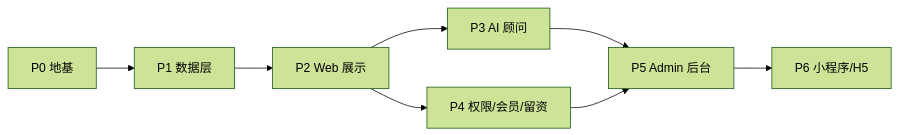
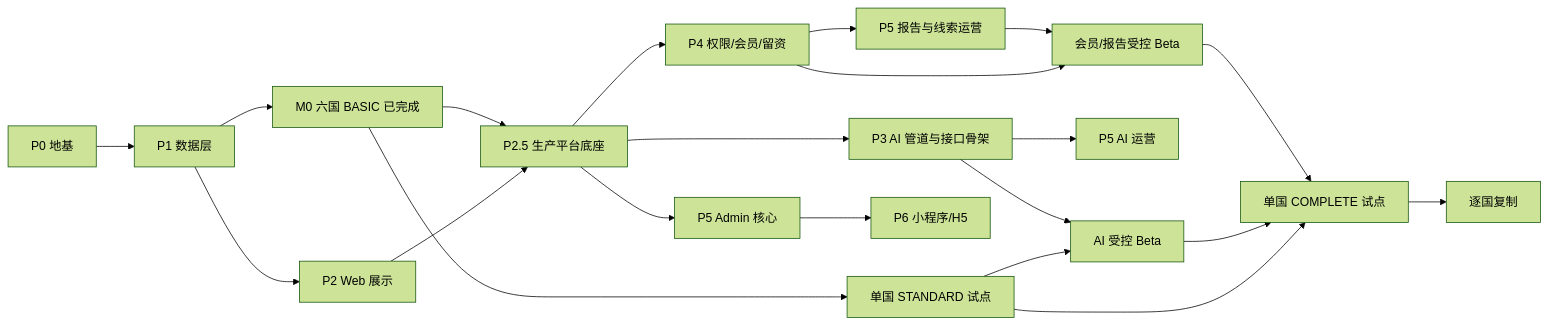
One commit to zhaofei0923/navigator changed the diagram in docs/roadmap.md. Above: the diagram before and after it, drawn with Mermaid (forest theme). The commit also changed other lines of this file and 2 other files, not shown here.

Commit message:
docs: update milestones after six BASIC countries

````diff
--- a/docs/roadmap.md
+++ b/docs/roadmap.md
@@ -21,10 +22,23 @@
 ```mermaid
 graph LR
   P0[P0 地基] --> P1[P1 数据层]
   P1 --> P2[P2 Web 展示]
-  P2 --> P3[P3 AI 顾问]
-  P2 --> P4[P4 权限/会员/留资]
-  P3 --> P5[P5 Admin 后台]
-  P4 --> P5
-  P5 --> P6[P6 小程序/H5]
+  P1 --> M0[M0 六国 BASIC 已完成]
+  P2 --> PF[P2.5 生产平台底座]
+  M0 --> PF
+  M0 --> SP[单国 STANDARD 试点]
+  PF --> P3[P3 AI 管道与接口骨架]
+  SP --> AIB[AI 受控 Beta]
+  P3 --> AIB
+  PF --> P4[P4 权限/会员/留资]
+  PF --> P5C[P5 Admin 核心]
+  P3 --> P5A[P5 AI 运营]
+  P4 --> P5B[P5 报告与线索运营]
+  P4 --> MBB[会员/报告受控 Beta]
+  P5B --> MBB
+  SP --> CP[单国 COMPLETE 试点]
+  AIB --> CP
+  MBB --> CP
+  CP --> SCALE[逐国复制]
+  P5C --> P6[P6 小程序/H5]
 ```
````
